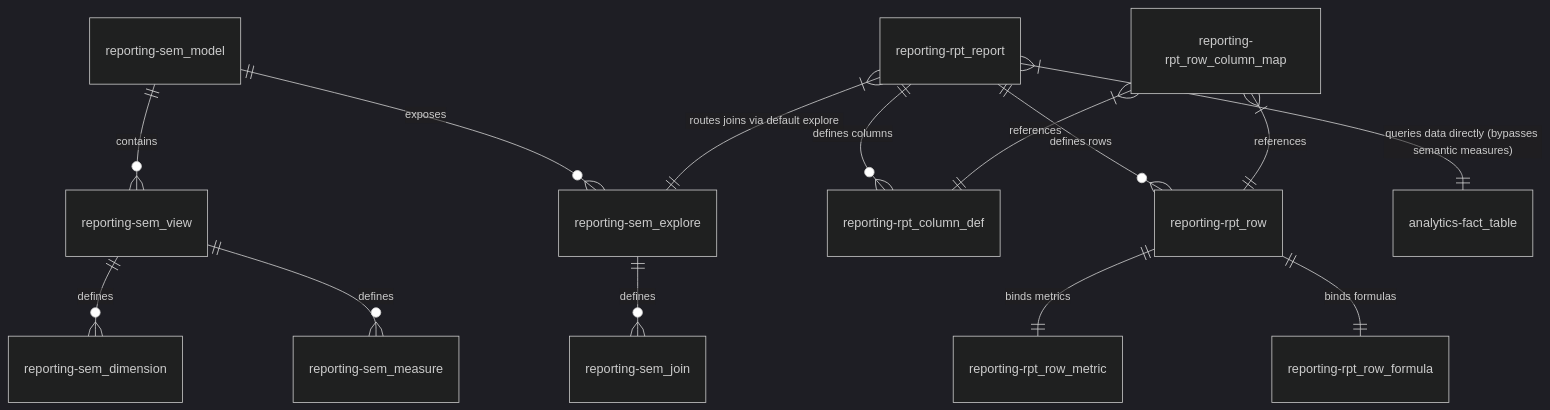
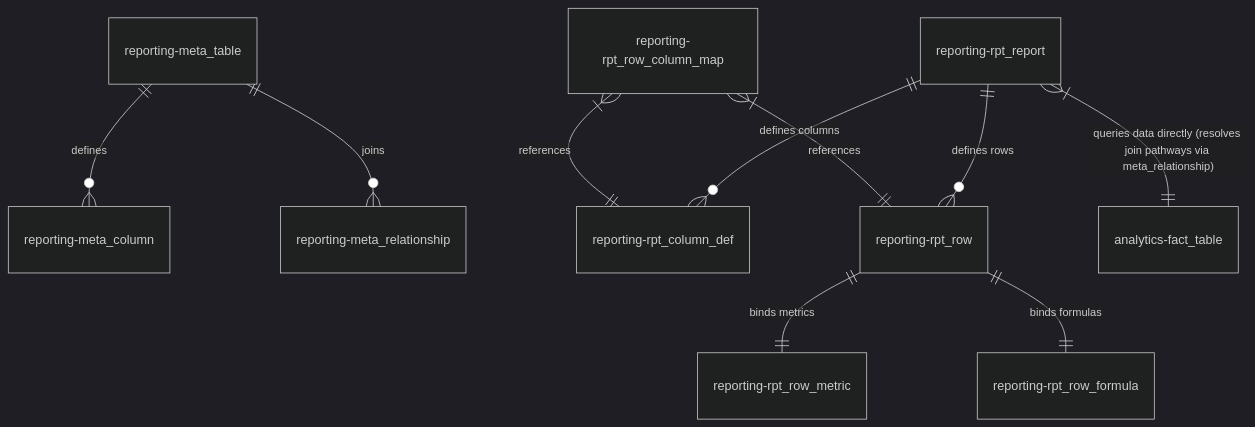
Before and after one commit to rpg2go/reportingengine_backend: the diagram in docs/datamodel_documentation.md, drawn with Mermaid (dark theme). The commit also changed other lines of this file and 13 other files, not shown here.

Commit message:
refactor: remove manual migration logic from BaseIT and update architectural documentation

````diff
--- a/docs/datamodel_documentation.md
+++ b/docs/datamodel_documentation.md
@@ -14,18 +14,14 @@
 ```mermaid
 erDiagram
-    reporting-sem_model ||--o{ reporting-sem_view : contains
-    reporting-sem_model ||--o{ reporting-sem_explore : exposes
-    reporting-sem_view ||--o{ reporting-sem_dimension : defines
-    reporting-sem_view ||--o{ reporting-sem_measure : defines
-    reporting-sem_explore ||--o{ reporting-sem_join : defines
+    reporting-meta_table ||--o{ reporting-meta_column : defines
+    reporting-meta_table ||--o{ reporting-meta_relationship : joins
     
     reporting-rpt_report ||--o{ reporting-rpt_column_def : "defines columns"
     reporting-rpt_report ||--o{ reporting-rpt_row : "defines rows"
     reporting-rpt_row ||--|| reporting-rpt_row_metric : "binds metrics"
     reporting-rpt_row ||--|| reporting-rpt_row_formula : "binds formulas"
     reporting-rpt_row_column_map }|--|| reporting-rpt_row : references
     reporting-rpt_row_column_map }|--|| reporting-rpt_column_def : references
     
-    reporting-rpt_report }|--|| reporting-sem_explore : "routes joins via default explore"
-    reporting-rpt_report }|--|| analytics-fact_table : "queries data directly (bypasses semantic measures)"
+    reporting-rpt_report }|--|| analytics-fact_table : "queries data directly (resolves join pathways via meta_relationship)"
 ```
````
